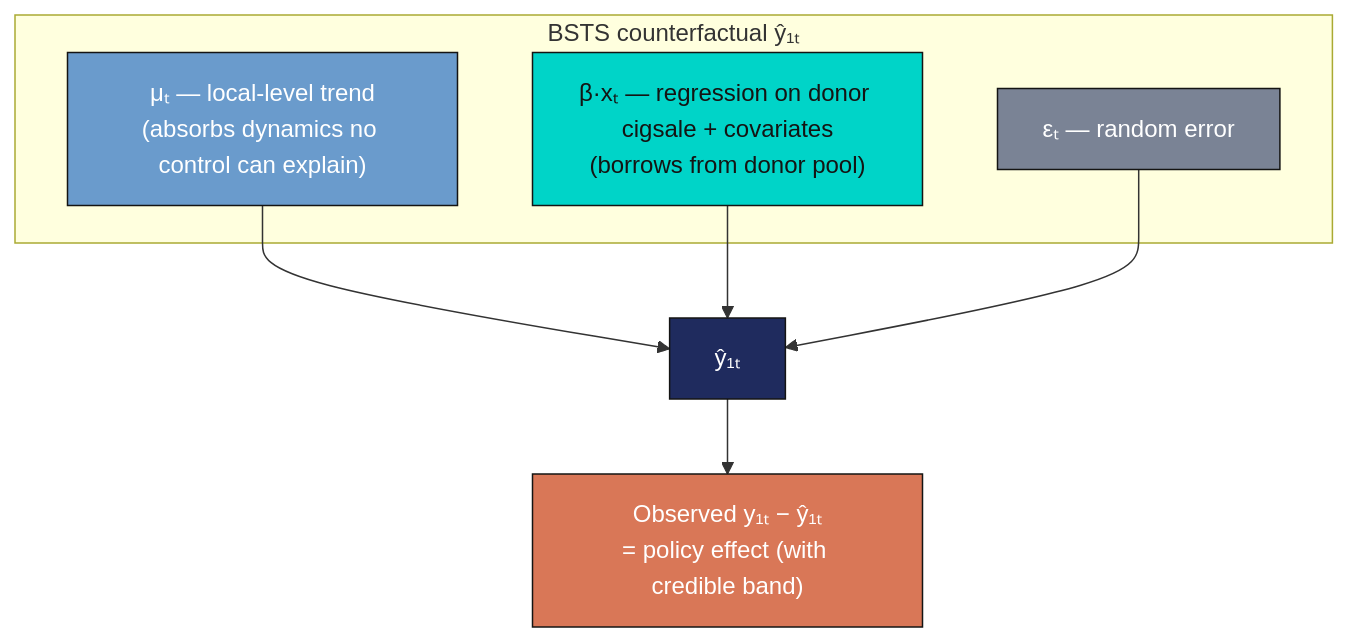
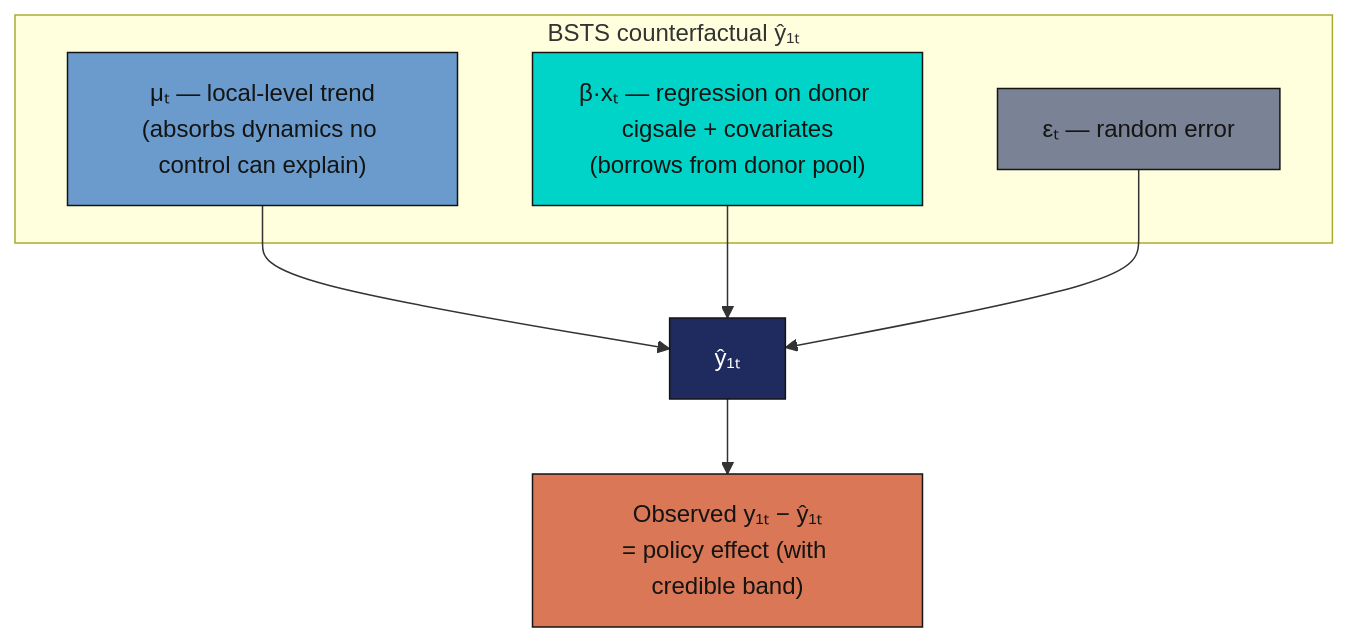
The fifth of 5 diagrams in content/post/r_causalpolicy_workshop/index.md (cmg777/starter-academic-v501), drawn with Mermaid before and after one commit. The commit also changed other lines of this file and 67 other files, not shown here.

First line of the commit message:
fix(mermaid): readable diagram text in both themes across the site

````diff
--- a/content/post/r_causalpolicy_workshop/index.md
+++ b/content/post/r_causalpolicy_workshop/index.md
@@ -1262,18 +1265,18 @@
 ```mermaid
 flowchart TB
     subgraph "BSTS counterfactual ŷ₁ₜ"
         TREND["μₜ — local-level trend<br/>(absorbs dynamics no control can explain)"]
         REG["β·xₜ — regression on donor cigsale + covariates<br/>(borrows from donor pool)"]
         ERR["εₜ — random error"]
     end
     TREND --> Y["ŷ₁ₜ"]
     REG --> Y
     ERR --> Y
     Y --> CMP["Observed y₁ₜ − ŷ₁ₜ<br/>= policy effect (with credible band)"]
 
-    style TREND fill:#6a9bcc,stroke:#141413,color:#fff
+    style TREND fill:#6a9bcc,stroke:#141413,color:#141413
     style REG fill:#00d4c8,stroke:#141413,color:#141413
-    style ERR fill:#7a8395,stroke:#141413,color:#fff
+    style ERR fill:#7a8395,stroke:#141413,color:#141413
     style Y fill:#1f2b5e,stroke:#141413,color:#fff
-    style CMP fill:#d97757,stroke:#141413,color:#fff
+    style CMP fill:#d97757,stroke:#141413,color:#141413
 ```
````
